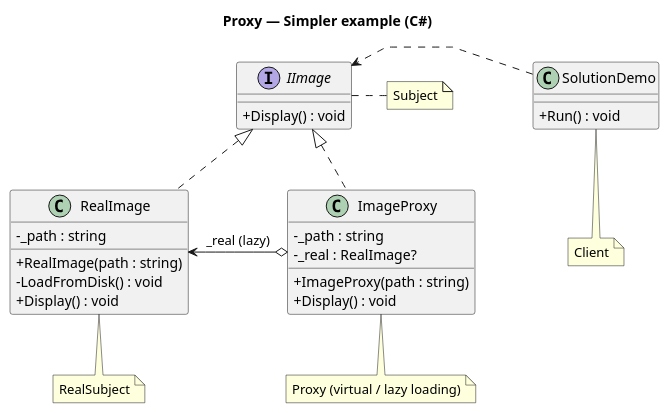
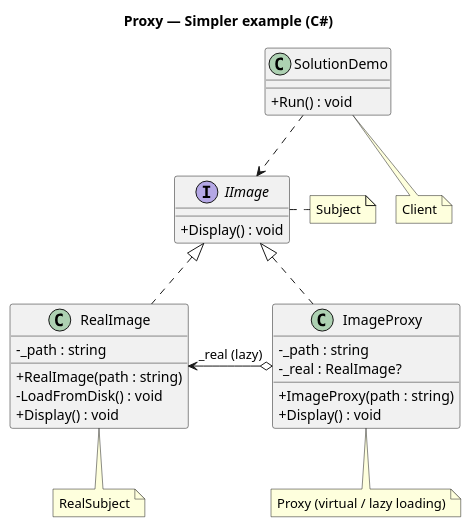
Before and after one commit to kaldiroglu/DesignPatternsWithCSharp: the diagram in Structural Patterns (Simpler)/Simpler.Proxy/uml/proxy.puml, drawn with PlantUML. The commit also changed 12 other files, not shown here.

Commit message:
Diagrams: the last is-a families follow the layout rule; redrawn PNGs have a white background

```diff
--- a/Structural Patterns (Simpler)/Simpler.Proxy/uml/proxy.puml
+++ b/Structural Patterns (Simpler)/Simpler.Proxy/uml/proxy.puml
@@ -1,38 +1,40 @@
 @startuml Proxy
+skinparam nodesep 20
 skinparam linetype polyline
 skinparam classAttributeIconSize 0
 title Proxy — Simpler example (C#)
 
 interface IImage {
   + Display() : void
 }
 
 class RealImage {
   - _path : string
   + RealImage(path : string)
   - LoadFromDisk() : void
   + Display() : void
 }
 
 class ImageProxy {
   - _path : string
   - _real : RealImage?
   + ImageProxy(path : string)
   + Display() : void
 }
 
 class SolutionDemo {
   + Run() : void
 }
 
 IImage <|.. RealImage
 IImage <|.. ImageProxy
 
 note right of IImage : Subject
 note bottom of RealImage : RealSubject
 note bottom of ImageProxy : Proxy (virtual / lazy loading)
 note bottom of SolutionDemo : Client
 
 ImageProxy o-[norank]-> RealImage : _real (lazy)
-SolutionDemo .[norank].> IImage
+SolutionDemo ..> IImage
+
 @enduml
```
